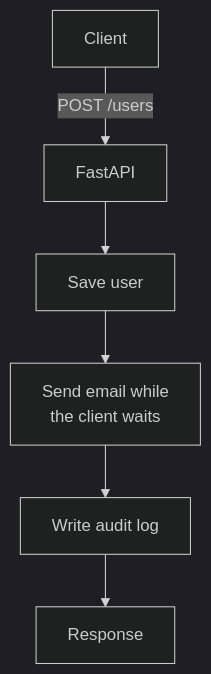
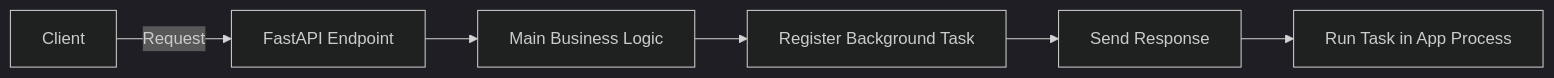
Before and after one commit to AvadhBhalodiya/Interview-Preparation: the first of 4 diagrams in src/content/fastapi/background-tasks.md, drawn with Mermaid (dark theme). The commit also changed other lines of this file and 80 other files, not shown here.

````diff
--- a/src/content/fastapi/background-tasks.md
+++ b/src/content/fastapi/background-tasks.md
@@ -70,8 +55,8 @@
 ```mermaid
-flowchart TD
-    C[Client] -->|"POST /users"| F[FastAPI]
-    F --> S[Save user]
-    S --> E[Send email while<br/>the client waits]
-    E --> A[Write audit log]
-    A --> R[Response]
+flowchart LR
+    C[Client] -->|Request| A[FastAPI Endpoint]
+    A --> B[Main Business Logic]
+    B --> T[Register Background Task]
+    T --> R[Send Response]
+    R --> BG[Run Task in App Process]
 ```
````
